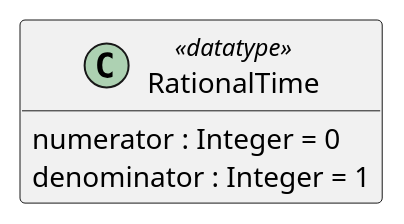
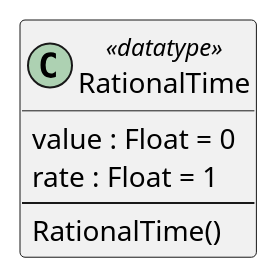
One commit to sandflow/otio-core-specification changed diagram 25 of 32 in src/main/md/otio-core.md. Above: the diagram before and after it, drawn with PlantUML. The commit also changed other lines of this file and 11 other files, not shown here.

Commit message:
Updated schema per test material

````diff
--- a/src/main/md/otio-core.md
+++ b/src/main/md/otio-core.md
@@ -1512,12 +1583,14 @@
 ```puml
 @startuml
 hide empty members
 skinparam classAttributeIconSize 0
 
 class RationalTime <<datatype>> {
-  numerator : Integer = 0
-  denominator : Integer = 1
+  value : Float = 0
+  rate : Float = 1
+  --
+  RationalTime()
 }
 
 @enduml
 ```
````
